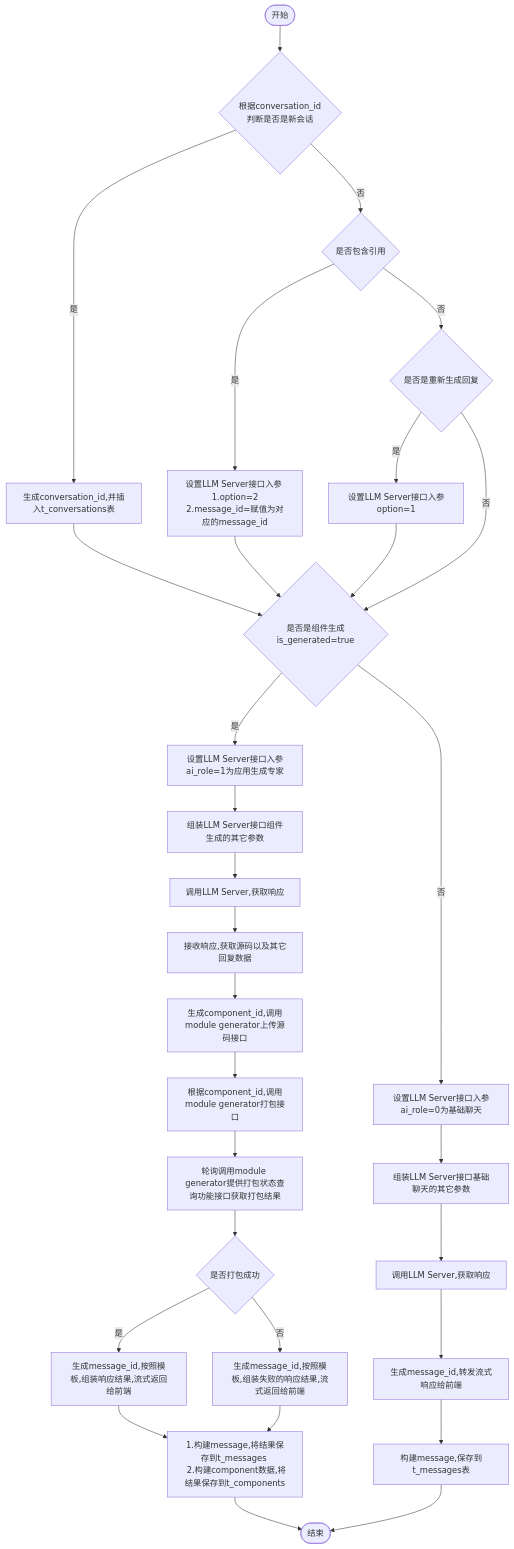
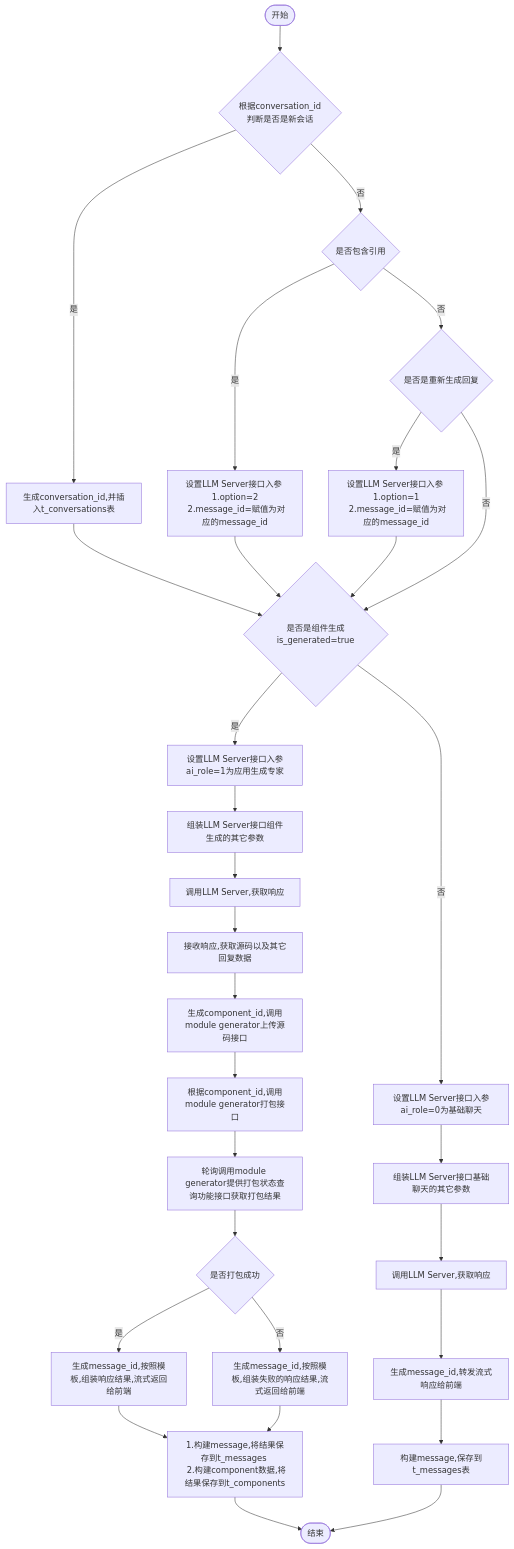
Before and after one commit to yingjianzh/iodraw-files: the diagram in all/w3-会话-不需要传递message.md, drawn with Mermaid.

Commit message:
2024-10-14 11:12:53 update

````diff
--- a/all/w3-会话-不需要传递message.md
+++ b/all/w3-会话-不需要传递message.md
@@ -1,35 +1,35 @@
 ```mermaid
 flowchart TD
     A([开始]) --> B{根据conversation_id \n 判断是否是新会话}
     B -- 是 --> C[生成conversation_id,并插入t_conversations表]
     B -- 否 --> D{是否包含引用}
-    D -- 是 --> E[设置LLM Server接口入参 \n 1.option=2 2.message_id=赋值为对应的message_id]
+    D -- 是 --> E[设置LLM Server接口入参 \n 1.option=2 \n 2.message_id=赋值为对应的message_id]
     D -- 否 --> F{是否是重新生成回复}
-    F -- 是 --> G[设置LLM Server接口入参option=1]
+    F -- 是 --> G[设置LLM Server接口入参 \n 1.option=1 \n 2.message_id=赋值为对应的message_id]
     F -- 否 --> I
      
     C & E & G --> I{是否是组件生成is_generated=true}
     I -- 是 --> J[设置LLM Server接口入参ai_role=1为应用生成专家]
     I -- 否 --> K[设置LLM Server接口入参ai_role=0为基础聊天]
 
 
     J --> L[组装LLM Server接口组件生成的其它参数]    
     K --> M[组装LLM Server接口基础聊天的其它参数]    
     M --> N[调用LLM Server,获取响应]    
     N --> O[生成message_id,转发流式响应给前端]
     O --> P[构建message,保存到t_messages表]
     P --> R([结束])
 
 
     L --> S[调用LLM Server,获取响应]
     S --> T[接收响应,获取源码以及其它回复数据]
     T --> U[生成component_id,调用module generator上传源码接口]
     U --> V[根据component_id,调用module generator打包接口]
     V --> W[轮询调用module generator提供打包状态查询功能接口获取打包结果]
     W --> X{是否打包成功}
     X -- 是 --> Y[生成message_id,按照模板,组装响应结果,流式返回给前端]
     X -- 否 --> Z[生成message_id,按照模板,组装失败的响应结果,流式返回给前端]
 
     Y & Z --> Result[1.构建message,将结果保存到t_messages \n 2.构建component数据,将结果保存到t_components]
     Result --> R
 ```
````
